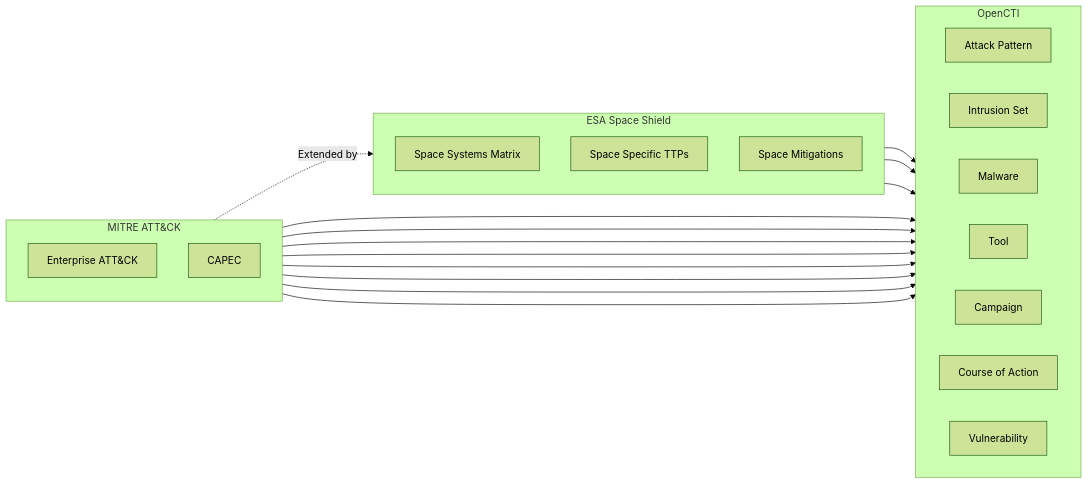
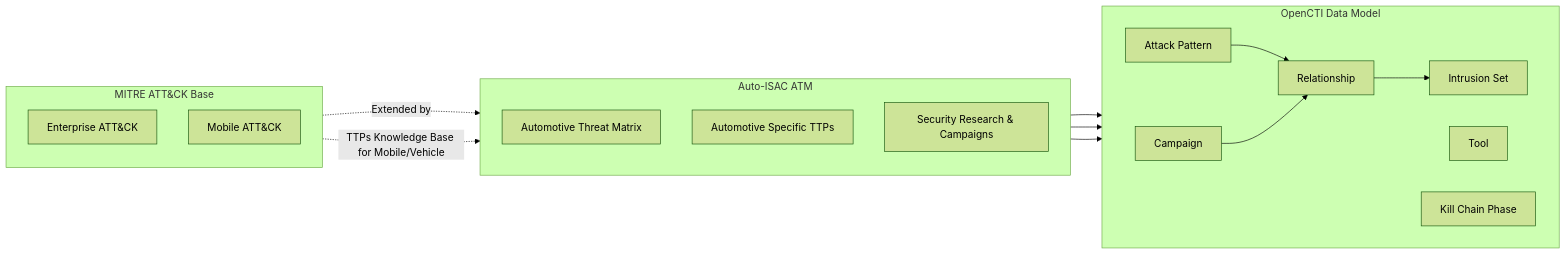
One commit to SERLABUniba/opencti_connector_atm changed the diagram in README.md. Above: the diagram before and after it, drawn with Mermaid (forest theme). The commit also changed other lines of this file, not shown here.

Commit message:
Update data flow

````diff
--- a/README.md
+++ b/README.md
@@ -189,47 +190,40 @@
 ```mermaid
 graph LR
-    subgraph MITRE_GitHub [MITRE ATT&CK]
+    subgraph MITRE_Reference [MITRE ATT&CK Base]
         direction TB
         Enterprise[Enterprise ATT&CK]
-        CAPEC[CAPEC]
+        Mobile[Mobile ATT&CK]
     end
 
-    subgraph ESA_SpaceShield [ESA Space Shield]
+    subgraph AutoISAC_ATM [Auto-ISAC ATM]
         direction TB
-        SpaceMatrix[Space Systems Matrix]
-        SpaceTechniques[Space Specific TTPs]
-        SpaceMitigations[Space Mitigations]
+        ATMMatrix[Automotive Threat Matrix]
+        ATMTechniques[Automotive Specific TTPs]
+        ATMCampaigns[Security Research & Campaigns]
     end
 
-    subgraph OpenCTI_Entities [OpenCTI]
+    subgraph OpenCTI_Model [OpenCTI Data Model]
         direction LR
         AttackPattern[Attack Pattern]
-        IntrusionSet[Intrusion Set]
-        Malware[Malware]
+        Campaign[Campaign]
+        InSet[Intrusion Set]
         Tool[Tool]
-        Campaign[Campaign]
-        Course[Course of Action]
-        Vulnerability[Vulnerability]
+        KillChain[Kill Chain Phase]
+        Rel[Relationship]
     end
 
-    %% Heredity
-    Enterprise -.-> |"Extended by"| SpaceMatrix
+    %% Inheritance
+    Enterprise -.-> |"Extended by"| ATMMatrix
+    Mobile -.-> |"TTPs Knowledge Base for Mobile/Vehicle"| ATMTechniques
+
+    %% Mapping ATM -> OpenCTI
+    ATMMatrix --> KillChain
+    ATMTechniques --> AttackPattern
+    ATMCampaigns --> Campaign
     
-    %% Mapping MITRE -> OpenCTI
-    Enterprise --> AttackPattern
-    Enterprise --> IntrusionSet
-    Enterprise --> Malware
-    Enterprise --> Tool
-    Enterprise --> Campaign
-    Enterprise --> Course
-    CAPEC --> AttackPattern
-    CAPEC --> Vulnerability
-
-    %% Mapping Space Shield -> OpenCTI
-    SpaceMatrix --> AttackPattern
-    SpaceTechniques --> AttackPattern
-    SpaceMitigations --> Course
-    
-    
+    %% Relationship for the Model
+    AttackPattern --> Rel
+    Campaign --> Rel
+    Rel --> InSet
 
 ```
````
